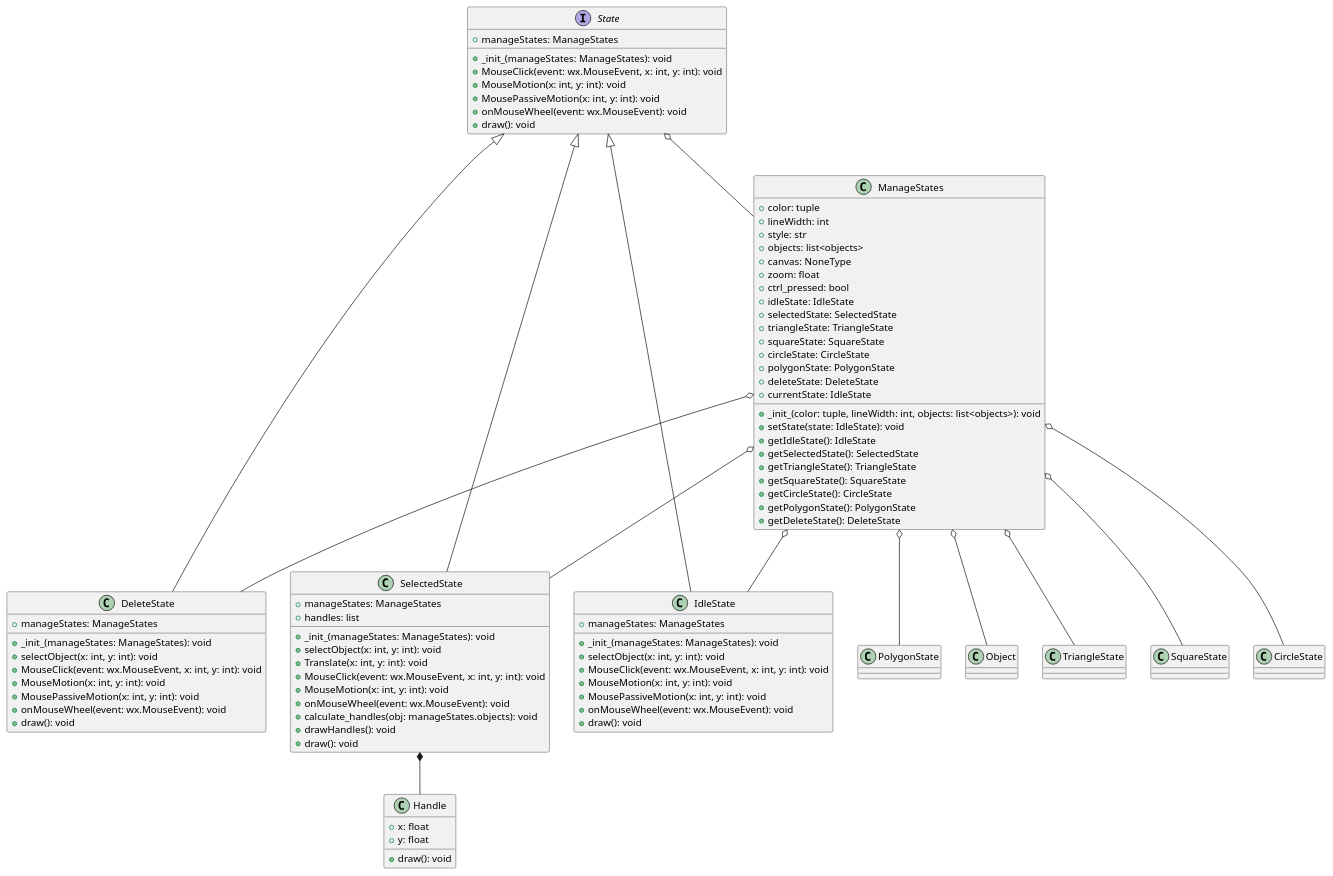
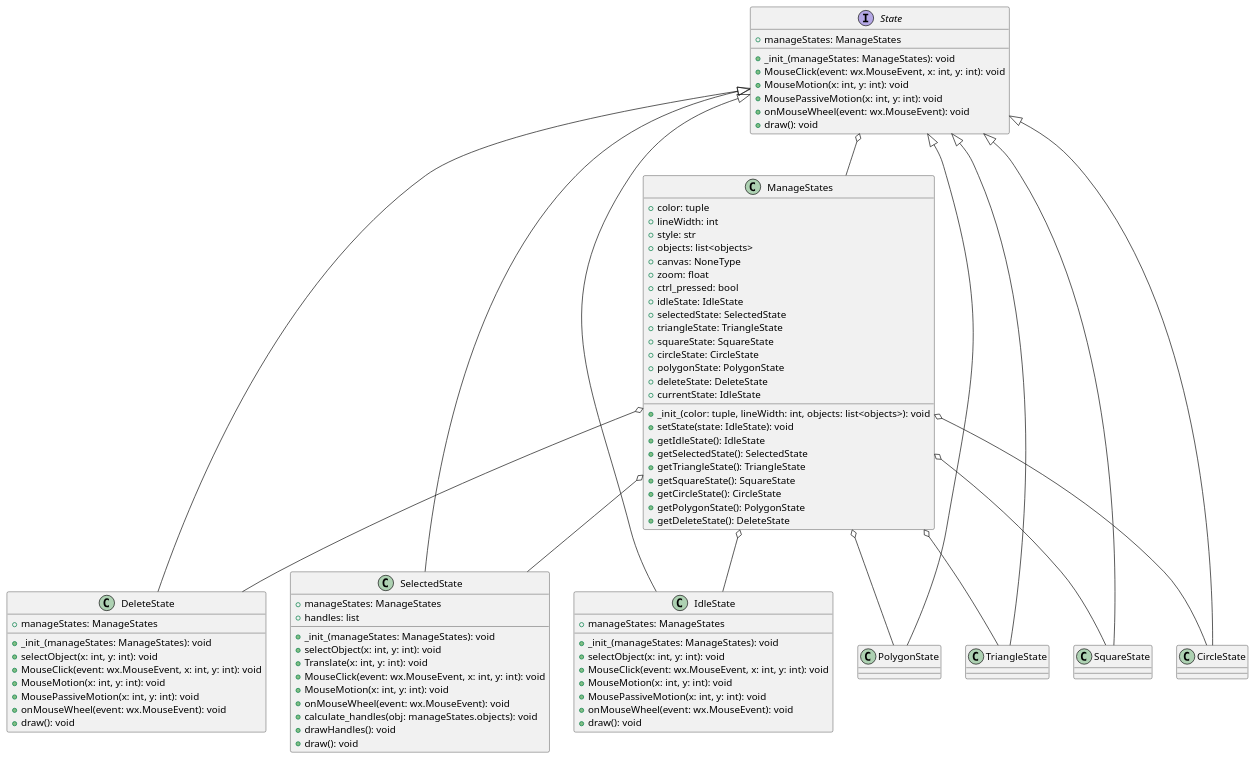
Before and after one commit to halenakd/2dState: the diagram in diagramaComState.plantuml, drawn with PlantUML.

Commit message:
versao dia trabalho

```diff
--- a/diagramaComState.plantuml
+++ b/diagramaComState.plantuml
@@ -2,105 +2,103 @@
 @startuml Diagrama
 
     class ManageStates{
         +color: tuple
         +lineWidth: int
         +style: str
         +objects: list<objects>
         +canvas: NoneType
         +zoom: float
         +ctrl_pressed: bool
         +idleState: IdleState       
         +selectedState: SelectedState
         +triangleState: TriangleState  
         +squareState: SquareState   
         +circleState: CircleState    
         +polygonState: PolygonState   
         +deleteState: DeleteState
         +currentState: IdleState
 
         +_init_(color: tuple, lineWidth: int, objects: list<objects>): void
         +setState(state: IdleState): void 
         +getIdleState(): IdleState
         +getSelectedState(): SelectedState
         +getTriangleState(): TriangleState
         +getSquareState(): SquareState
         +getCircleState(): CircleState
         +getPolygonState(): PolygonState
         +getDeleteState(): DeleteState
     }
 
     class State{
         +manageStates: ManageStates
 
         +_init_(manageStates: ManageStates): void
         +MouseClick(event: wx.MouseEvent, x: int, y: int): void
         +MouseMotion(x: int, y: int): void  
         +MousePassiveMotion(x: int, y: int): void
         +onMouseWheel(event: wx.MouseEvent): void
         +draw(): void
     }
 
     class DeleteState{
         +manageStates: ManageStates
 
         +_init_(manageStates: ManageStates): void
         +selectObject(x: int, y: int): void
         +MouseClick(event: wx.MouseEvent, x: int, y: int): void
         +MouseMotion(x: int, y: int): void
         +MousePassiveMotion(x: int, y: int): void
         +onMouseWheel(event: wx.MouseEvent): void
         +draw(): void
     }
 
-    class Handle{
-        +x: float
-        +y: float
-
-        +draw(): void
-    }
-
     class SelectedState{
         +manageStates: ManageStates
         +handles: list
 
         +_init_(manageStates: ManageStates): void
         +selectObject(x: int, y: int): void
         +Translate(x: int, y: int): void
         +MouseClick(event: wx.MouseEvent, x: int, y: int): void
         +MouseMotion(x: int, y: int): void
         +onMouseWheel(event: wx.MouseEvent): void
         +calculate_handles(obj: manageStates.objects): void
         +drawHandles(): void
         +draw(): void
     }
 
     class IdleState{
         +manageStates: ManageStates
         
         +_init_(manageStates: ManageStates): void
         +selectObject(x: int, y: int): void
         +MouseClick(event: wx.MouseEvent, x: int, y: int): void
         +MouseMotion(x: int, y: int): void
         +MousePassiveMotion(x: int, y: int): void
         +onMouseWheel(event: wx.MouseEvent): void
         +draw(): void
     }
 
     interface State
+
+    'Herança
     State <|-- DeleteState
     State <|-- SelectedState
     State <|-- IdleState
+    State <|-- PolygonState
+    State <|-- TriangleState
+    State <|-- SquareState
+    State <|-- CircleState
+
+    'Agregação
     State o-- ManageStates
 
-    ManageStates o-- Object
     ManageStates o-- IdleState
     ManageStates o-- SelectedState
     ManageStates o-- TriangleState
     ManageStates o-- SquareState
     ManageStates o-- CircleState
     ManageStates o-- PolygonState
     ManageStates o-- DeleteState
 
-    SelectedState *-- Handle
-
 @enduml
```
